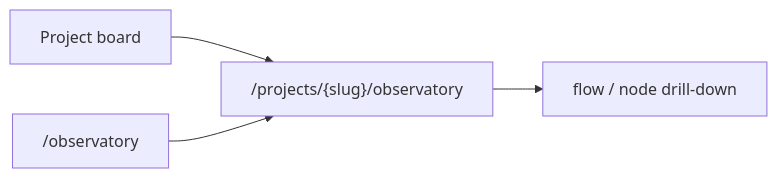
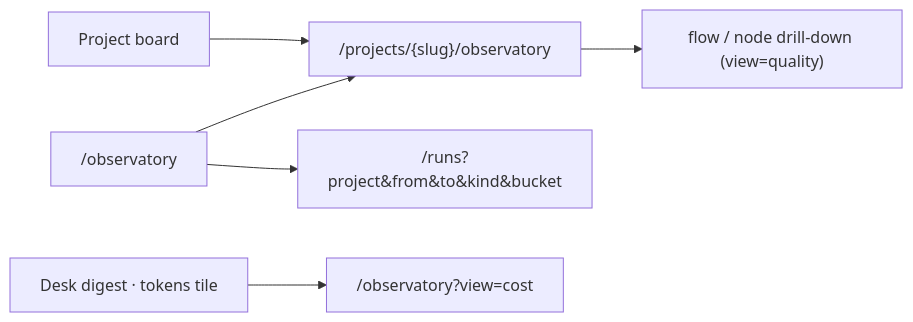
The first of 2 diagrams in docs/screens/observatory.md (maister-dev/maister), drawn with Mermaid before and after one commit. The commit also changed other lines of this file and 7 other files, not shown here.

````diff
--- a/docs/screens/observatory.md
+++ b/docs/screens/observatory.md
@@ -34,6 +48,8 @@
 ```mermaid
 flowchart LR
     Board["Project board"] --> ProjectObs["/projects/{slug}/observatory"]
     Portfolio["/observatory"] --> ProjectObs
-    ProjectObs --> Flow["flow / node drill-down"]
+    Desk["Desk digest · tokens tile"] --> Cost["/observatory?view=cost"]
+    Portfolio --> Ledger["/runs?project&from&to&kind&bucket"]
+    ProjectObs --> Flow["flow / node drill-down (view=quality)"]
 ```
````
